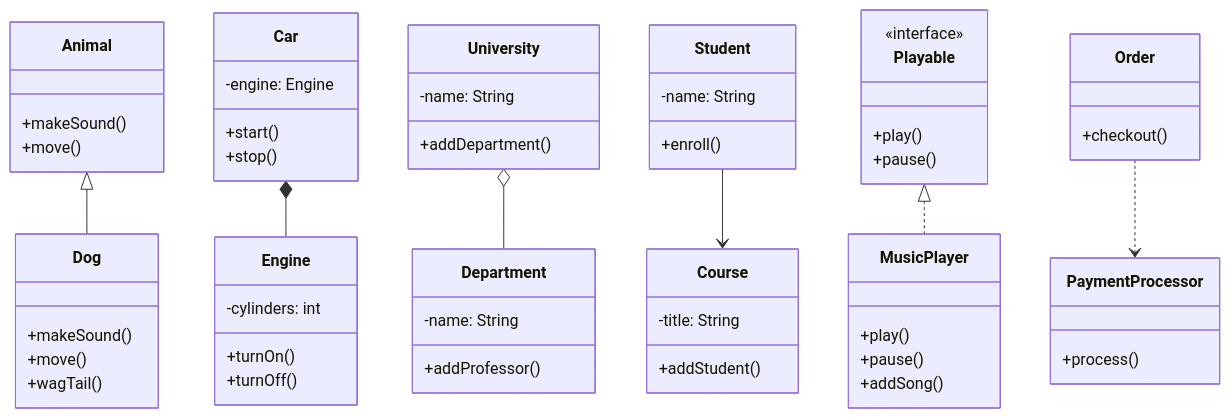
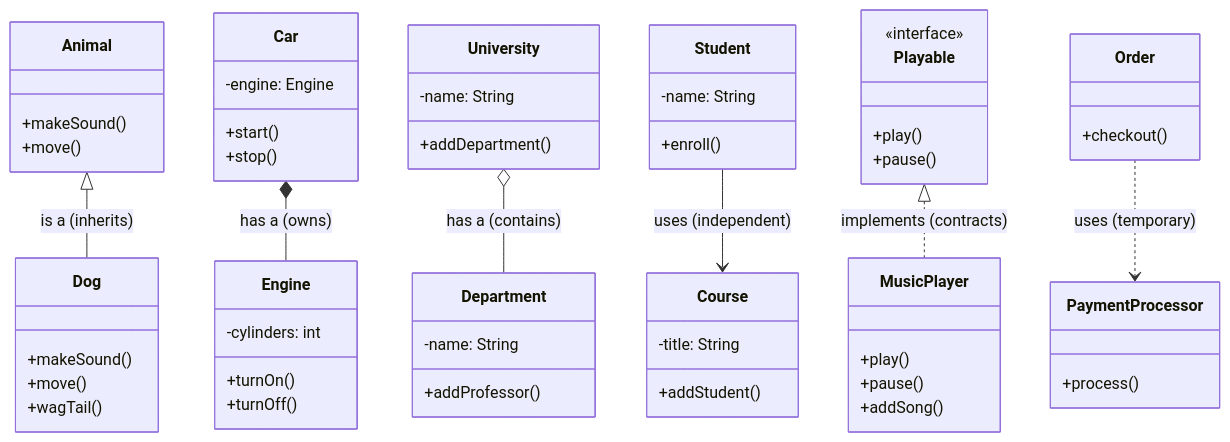
Before and after one commit to nascarsayan/java-core-lpu: the first of 3 diagrams in slides/llm-outputs/OOPs/ClassRelationships.md, drawn with Mermaid. The commit also changed other lines of this file, not shown here.

````diff
--- a/slides/llm-outputs/OOPs/ClassRelationships.md
+++ b/slides/llm-outputs/OOPs/ClassRelationships.md
@@ -26,72 +26,72 @@
 ```mermaid
 classDiagram
     %% Inheritance Example
     class Animal {
         +makeSound()
         +move()
     }
     class Dog {
         +makeSound()
         +move()
         +wagTail()
     }
-    Animal <|-- Dog
+    Animal <|-- Dog : is a (inherits)
     
     %% Composition Example
     class Car {
         -engine: Engine
         +start()
         +stop()
     }
     class Engine {
         -cylinders: int
         +turnOn()
         +turnOff()
     }
-    Car *-- Engine
+    Car *-- Engine : has a (owns)
     
     %% Aggregation Example
     class University {
         -name: String
         +addDepartment()
     }
     class Department {
         -name: String
         +addProfessor()
     }
-    University o-- Department
+    University o-- Department : has a (contains)
     
     %% Association Example
     class Student {
         -name: String
         +enroll()
     }
     class Course {
         -title: String
         +addStudent()
     }
-    Student --> Course
+    Student --> Course : uses (independent)
     
     %% Implementation/Realization Example
     class Playable {
         <<interface>>
         +play()
         +pause()
     }
     class MusicPlayer {
         +play()
         +pause()
         +addSong()
     }
-    Playable <|.. MusicPlayer
+    Playable <|.. MusicPlayer : implements (contracts)
     
     %% Dependency Example
     class Order {
         +checkout()
     }
     class PaymentProcessor {
         +process()
     }
-    Order ..> PaymentProcessor
+    Order ..> PaymentProcessor : uses (temporary)
 
 ```
````
